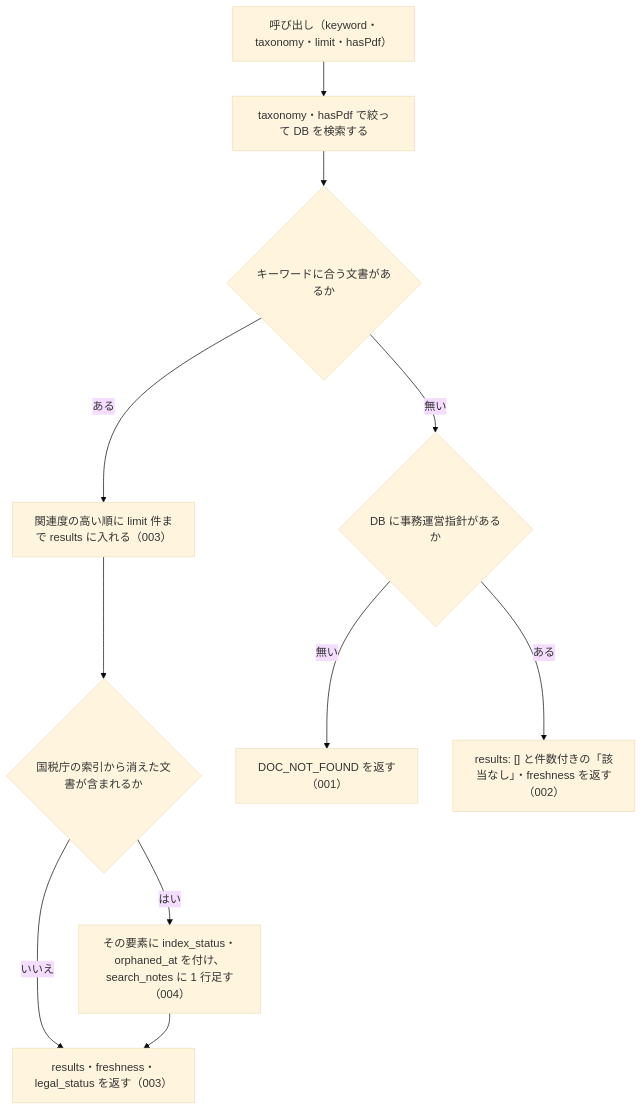
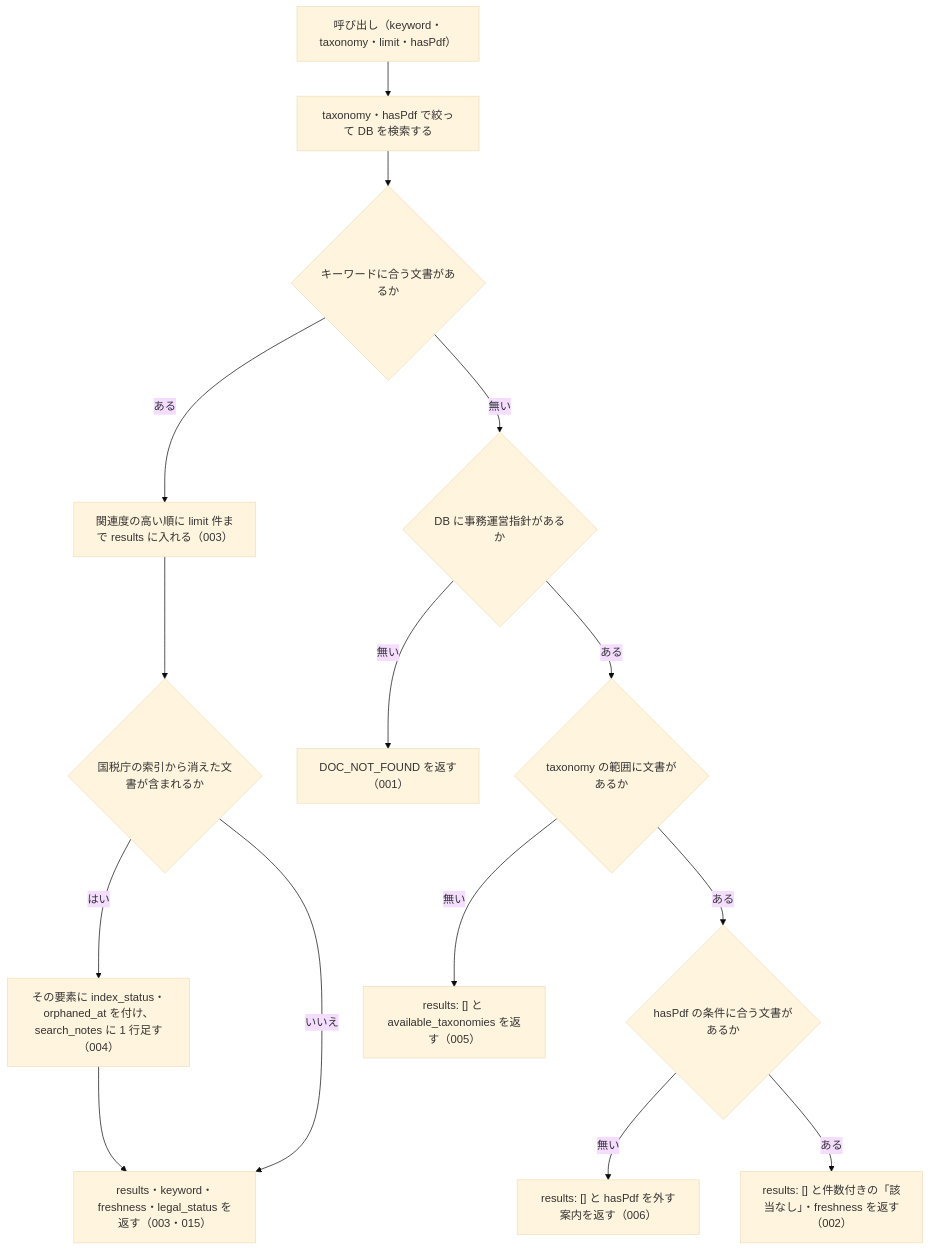
The diagram in specs/current/nta_search_jimu_unei/spec.md (shuji-bonji/houki-nta-mcp), drawn with Mermaid (base theme) before and after one commit. The commit also changed other lines of this file and 45 other files, not shown here.

````diff
--- a/specs/current/nta_search_jimu_unei/spec.md
+++ b/specs/current/nta_search_jimu_unei/spec.md
@@ -30,13 +30,17 @@
 ```mermaid
 flowchart TD
   A["呼び出し（keyword・taxonomy・limit・hasPdf）"] --> B["taxonomy・hasPdf で絞って DB を検索する"]
   B --> C{"キーワードに合う文書があるか"}
   C -- ある --> D["関連度の高い順に limit 件まで results に入れる（003）"]
   D --> E{"国税庁の索引から消えた文書が含まれるか"}
   E -- はい --> F["その要素に index_status・orphaned_at を付け、search_notes に 1 行足す（004）"]
-  E -- いいえ --> G["results・freshness・legal_status を返す（003）"]
+  E -- いいえ --> G["results・keyword・freshness・legal_status を返す（003・015）"]
   F --> G
   C -- 無い --> H{"DB に事務運営指針があるか"}
   H -- 無い --> E1["DOC_NOT_FOUND を返す（001）"]
-  H -- ある --> E2["results: [] と件数付きの「該当なし」・freshness を返す（002）"]
+  H -- ある --> I{"taxonomy の範囲に文書があるか"}
+  I -- 無い --> E3["results: [] と available_taxonomies を返す（005）"]
+  I -- ある --> J{"hasPdf の条件に合う文書があるか"}
+  J -- 無い --> E4["results: [] と hasPdf を外す案内を返す（006）"]
+  J -- ある --> E2["results: [] と件数付きの「該当なし」・freshness を返す（002）"]
 ```
````
